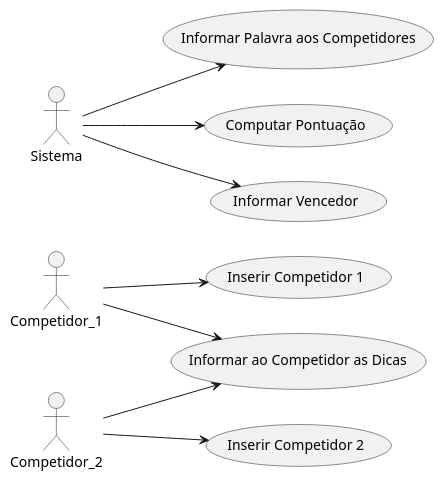
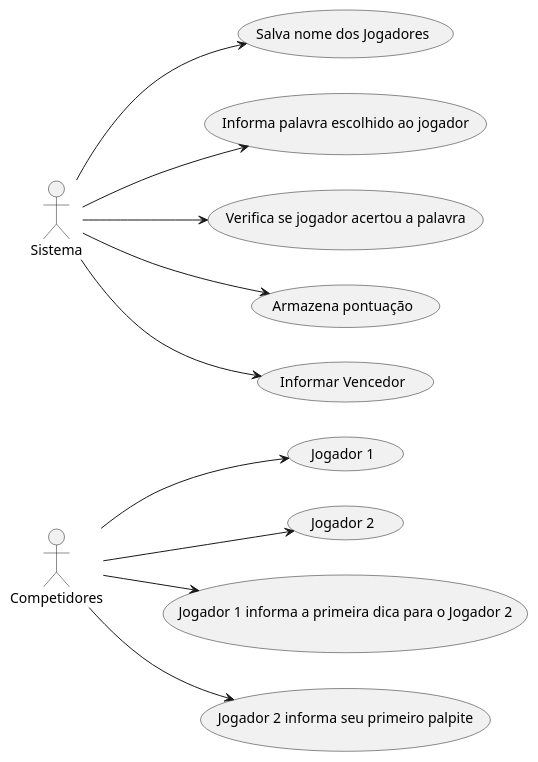
Before and after one commit to denyssouza/Perguntas-e-Respostas: the diagram in Diagrama de Caso de Uso.puml, drawn with PlantUML. The commit also changed 6 other files, not shown here.

```diff
--- a/Diagrama de Caso de Uso.puml
+++ b/Diagrama de Caso de Uso.puml
@@ -1,21 +1,26 @@
 @startuml
 
-	(Inserir Competidor 1) as (Use1)
-	(Inserir Competidor 2) as (Use2)
-	(Informar Palavra aos Competidores) as (Use3)
-	(Informar ao Competidor as Dicas) as (User4)
-	(Computar Pontuação) as (Use5)
-	(Informar Vencedor) as (Use6)
+	(Jogador 1) as (Use1)
+	(Jogador 2) as (Use2)
+	(Salva nome dos Jogadores) as (Use3)
+	(Informa palavra escolhido ao jogador) as (Use5)
+	(Verifica se jogador acertou a palavra) as (Use6)
+	(Armazena pontuação) as (Use10)
+	(Informar Vencedor) as (Use7)
+	(Jogador 1 informa a primeira dica para o Jogador 2) as (Use8)
+	(Jogador 2 informa seu primeiro palpite) as (Use9)
 
 	left to right direction
 
-	Competidor_1 --> (Use1)
-	Competidor_2 --> (Use2)
-	Competidor_1 --> (User4)
-	Competidor_2 --> (User4)
+	Competidores --> (Use1)
+	Competidores --> (Use2)
+	Competidores --> (Use8)
+	Competidores --> (Use9)
 	Sistema --> (Use3)
 	Sistema --> (Use5)
 	Sistema --> (Use6)
+	Sistema --> (Use7)
+	Sistema --> (Use10)
 
 
 	@enduml
```
